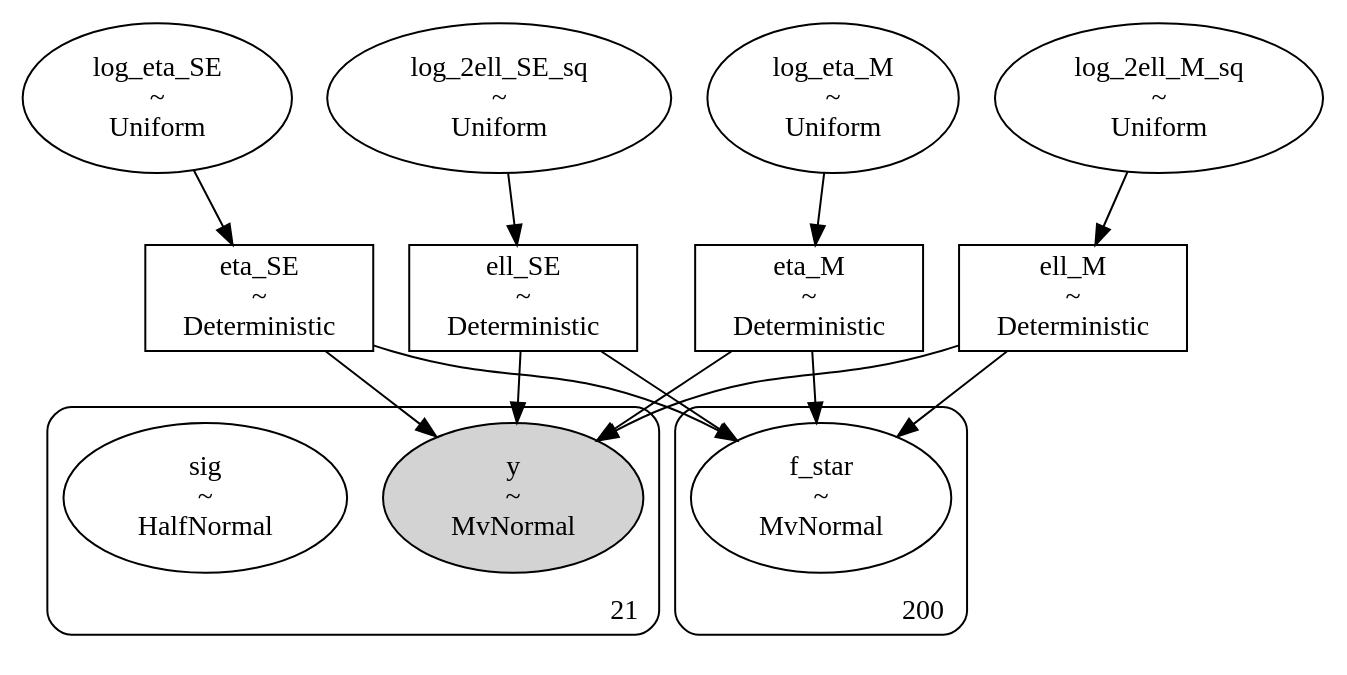
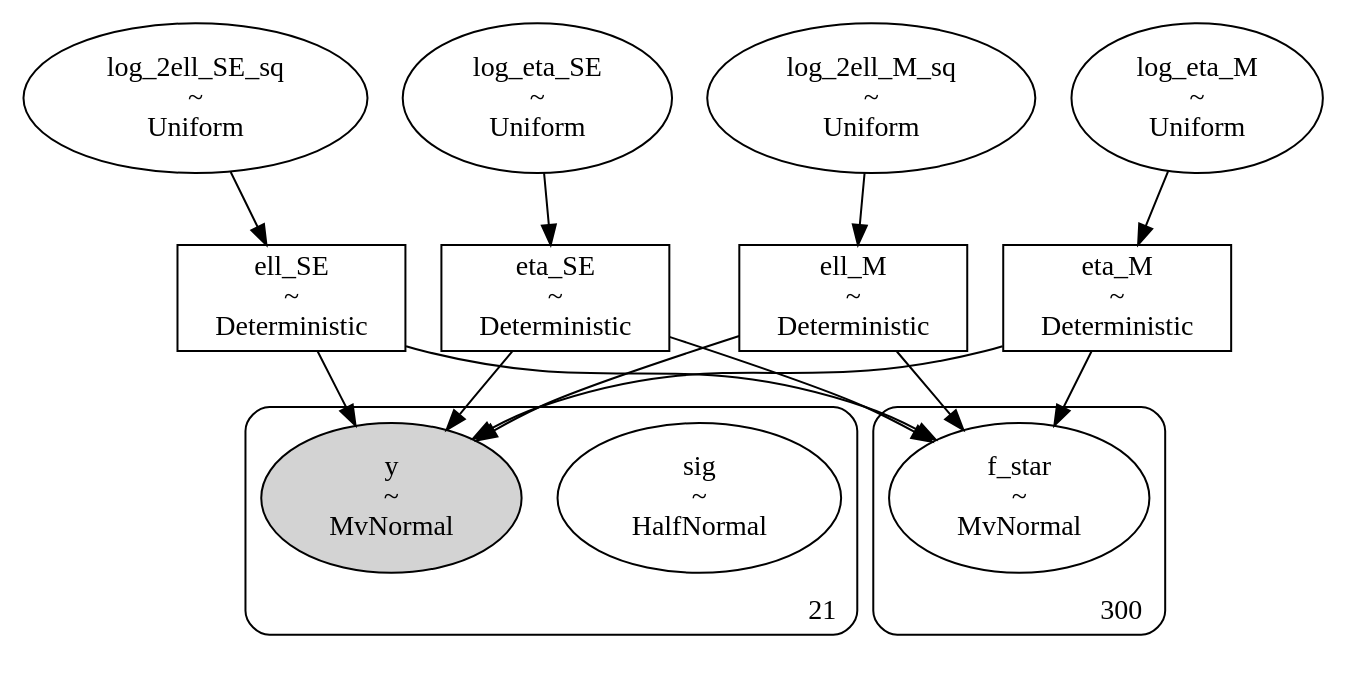
One commit to shihchingfu/gp-sandbox-thunderkat changed the diagram in dags/428_ra236.530_dec-46.922_4U1543TraPDB_andersson_se+m32_dag.dot. Above: the diagram before and after it, drawn with Graphviz. The commit also changed 11 other files, not shown here.

```diff
--- a/dags/428_ra236.530_dec-46.922_4U1543TraPDB_andersson_se+m32_dag.dot
+++ b/dags/428_ra236.530_dec-46.922_4U1543TraPDB_andersson_se+m32_dag.dot
@@ -1,53 +1,53 @@
 digraph {
-	log_2ell_SE_sq [label="log_2ell_SE_sq
+	log_eta_M [label="log_eta_M
 ~
 Uniform" shape=ellipse]
-	eta_SE [label="eta_SE
-~
-Deterministic" shape=box]
 	log_eta_SE [label="log_eta_SE
 ~
 Uniform" shape=ellipse]
 	ell_SE [label="ell_SE
 ~
 Deterministic" shape=box]
-	eta_M [label="eta_M
+	eta_SE [label="eta_SE
 ~
 Deterministic" shape=box]
 	ell_M [label="ell_M
 ~
 Deterministic" shape=box]
-	log_eta_M [label="log_eta_M
+	eta_M [label="eta_M
+~
+Deterministic" shape=box]
+	log_2ell_SE_sq [label="log_2ell_SE_sq
 ~
 Uniform" shape=ellipse]
 	log_2ell_M_sq [label="log_2ell_M_sq
 ~
 Uniform" shape=ellipse]
 	subgraph cluster21 {
+		sig [label="sig
+~
+HalfNormal" shape=ellipse]
 		y [label="y
 ~
 MvNormal" shape=ellipse style=filled]
-		sig [label="sig
-~
-HalfNormal" shape=ellipse]
 		label=21 labeljust=r labelloc=b style=rounded
 	}
-	subgraph cluster200 {
+	subgraph cluster300 {
 		f_star [label="f_star
 ~
 MvNormal" shape=ellipse]
-		label=200 labeljust=r labelloc=b style=rounded
+		label=300 labeljust=r labelloc=b style=rounded
 	}
 	log_2ell_SE_sq -> ell_SE
+	log_2ell_M_sq -> ell_M
 	log_eta_SE -> eta_SE
-	log_2ell_M_sq -> ell_M
 	log_eta_M -> eta_M
 	eta_SE -> y
+	ell_M -> y
 	eta_M -> y
 	ell_SE -> y
-	ell_M -> y
 	eta_SE -> f_star
+	ell_M -> f_star
 	eta_M -> f_star
 	ell_SE -> f_star
-	ell_M -> f_star
 }
```
